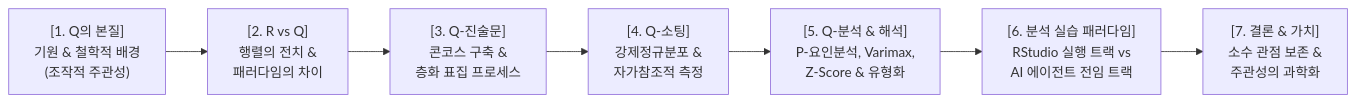
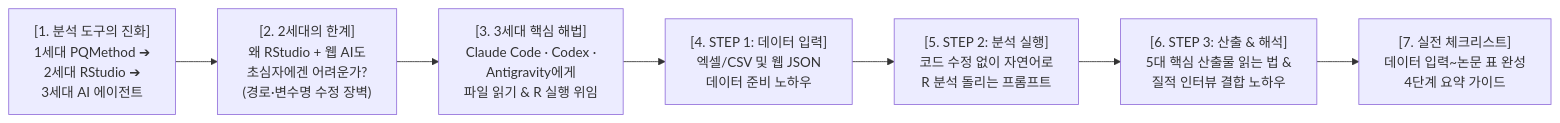
One commit to skang88/NIMS-2017 changed the first of 3 diagrams in Q방법론 발표준비/Q방법론 발표준비.md. Above: the diagram before and after it, drawn with Mermaid. The commit also changed other lines of this file and 1 other file, not shown here.

````diff
--- a/Q방법론 발표준비/Q방법론 발표준비.md
+++ b/Q방법론 발표준비/Q방법론 발표준비.md
@@ -13,9 +13,9 @@
 ```mermaid
 flowchart LR
-    S1["[1. Q의 본질]<br/>기원 & 철학적 배경<br/>(조작적 주관성)"] --> S2["[2. R vs Q]<br/>행렬의 전치 &<br/>패러다임의 차이"]
-    S2 --> S3["[3. Q-진술문]<br/>콘코스 구축 &<br/>층화 표집 프로세스"]
-    S3 --> S4["[4. Q-소팅]<br/>강제정규분포 &<br/>자가참조적 측정"]
-    S4 --> S5["[5. Q-분석 & 해석]<br/>P-요인분석, Varimax,<br/>Z-Score & 유형화"]
-    S5 --> S6["[6. 분석 실습 패러다임]<br/>RStudio 실행 트랙 vs<br/>AI 에이전트 전임 트랙"]
-    S6 --> S7["[7. 결론 & 가치]<br/>소수 관점 보존 &<br/>주관성의 과학화"]
+    S1["[1. 분석 도구의 진화]<br/>1세대 PQMethod ➔<br/>2세대 RStudio ➔<br/>3세대 AI 에이전트"] --> S2["[2. 2세대의 한계]<br/>왜 RStudio + 웹 AI도<br/>초심자에겐 어려운가?<br/>(경로·변수명 수정 장벽)"]
+    S2 --> S3["[3. 3세대 핵심 해법]<br/>Claude Code · Codex ·<br/>Antigravity에게<br/>파일 읽기 & R 실행 위임"]
+    S3 --> S4["[4. STEP 1: 데이터 입력]<br/>엑셀/CSV 및 웹 JSON<br/>데이터 준비 노하우"]
+    S4 --> S5["[5. STEP 2: 분석 실행]<br/>코드 수정 없이 자연어로<br/>R 분석 돌리는 프롬프트"]
+    S5 --> S6["[6. STEP 3: 산출 & 해석]<br/>5대 핵심 산출물 읽는 법 &<br/>질적 인터뷰 결합 노하우"]
+    S6 --> S7["[7. 실전 체크리스트]<br/>데이터 입력~논문 표 완성<br/>4단계 요약 가이드"]
 ```
````
